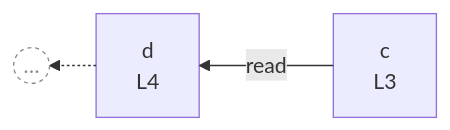
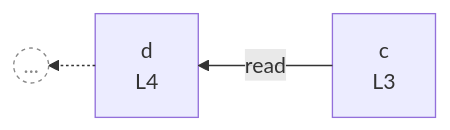
One commit to crescware/unsnarl changed the diagram in integration/fixtures/const-chain-five/preview.pruned-c-a1.md. Above: the diagram before and after it, drawn with Mermaid. The commit also changed 21 other files, not shown here.

First line of the commit message:
feat(prune): expand line/range queries through references; survive large graphs

````diff
--- a/integration/fixtures/const-chain-five/preview.pruned-c-a1.md
+++ b/integration/fixtures/const-chain-five/preview.pruned-c-a1.md
@@ -21,12 +21,12 @@
 ```mermaid
 %%{init: {"flowchart": {"defaultRenderer": "elk"}}}%%
 flowchart RL
-  %% pruning: roots=[c(1)] ancestors=0 descendants=1
+  %% pruning roots c=1 ancestors=0 descendants=1
   n_scope_0_c_32["c<br/>L3"]
   n_scope_0_d_45["d<br/>L4"]
   n_scope_0_c_32 -->|read| n_scope_0_d_45
-  boundary_stub_1((…))
+  boundary_stub_1((...))
   n_scope_0_d_45 -.-> boundary_stub_1
   classDef boundaryStub fill:transparent,stroke:#888,stroke-dasharray:3 3,color:#888;
   class boundary_stub_1 boundaryStub;
 ```
````
